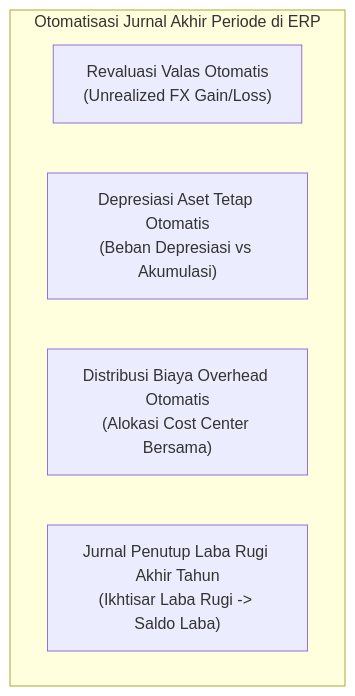
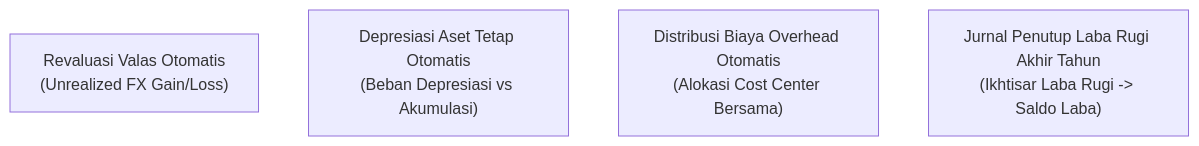
Before and after one commit to alimurrofid/erp-notes: the third of 3 diagrams in content/07-finance/financial-closing.md, drawn with Mermaid. The commit also changed other lines of this file and 58 other files, not shown here.

Commit message:
fix(content):Mermaid Subgraph

````diff
--- a/content/07-finance/financial-closing.md
+++ b/content/07-finance/financial-closing.md
@@ -101,9 +99,7 @@
 ```mermaid
 graph TD
-    subgraph ClosingAutomations["Otomatisasi Jurnal Akhir Periode di ERP"]
         FX["Revaluasi Valas Otomatis<br/>(Unrealized FX Gain/Loss)"]
         Depr["Depresiasi Aset Tetap Otomatis<br/>(Beban Depresiasi vs Akumulasi)"]
         Alloc["Distribusi Biaya Overhead Otomatis<br/>(Alokasi Cost Center Bersama)"]
         ClosingJRN["Jurnal Penutup Laba Rugi Akhir Tahun<br/>(Ikhtisar Laba Rugi -> Saldo Laba)"]
-    end
 ```
````
